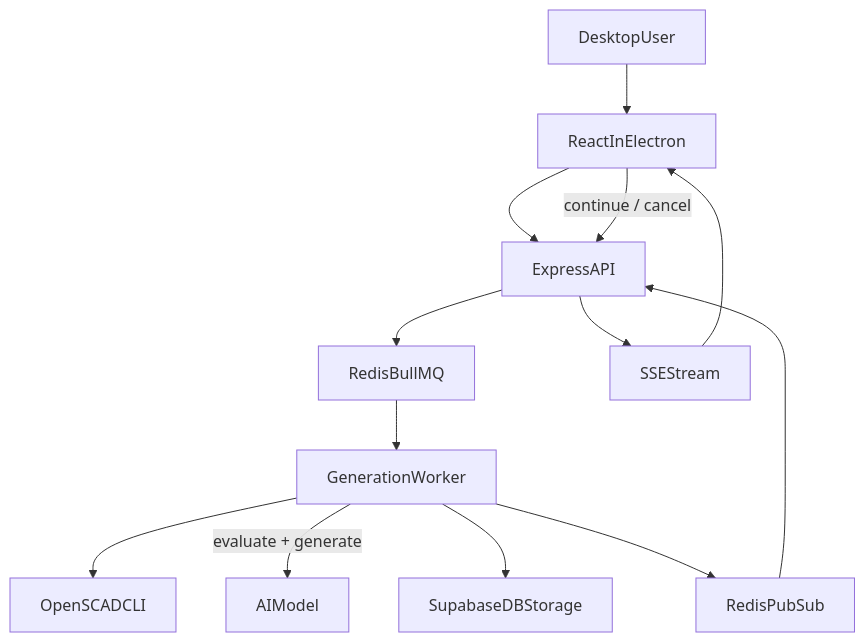
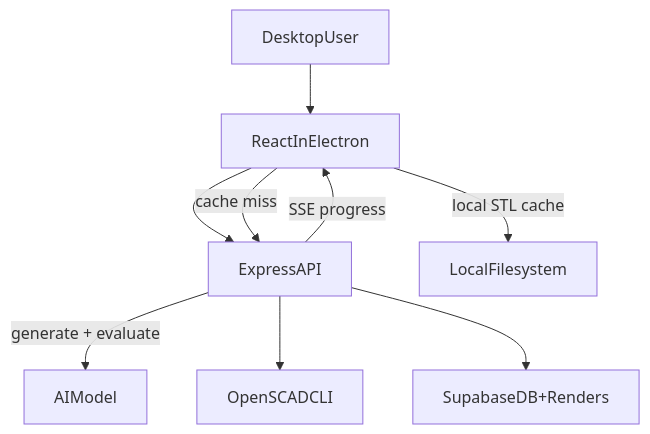
One commit to zacbemis/3DAI changed the diagram in .cursor/plans/ts_express_compose_mvp.md. Above: the diagram before and after it, drawn with Mermaid. The commit also changed other lines of this file and 10 other files, not shown here.

````diff
--- a/.cursor/plans/ts_express_compose_mvp.md
+++ b/.cursor/plans/ts_express_compose_mvp.md
@@ -233,15 +183,11 @@
 ```mermaid
 flowchart TD
 user[DesktopUser] --> desktop[ReactInElectron]
 desktop --> api[ExpressAPI]
-api --> queue[RedisBullMQ]
-queue --> worker[GenerationWorker]
-worker --> openscad[OpenSCADCLI]
-worker -->|evaluate + generate| ai[AIModel]
-worker --> supabase[SupabaseDBStorage]
-worker --> pubsub[RedisPubSub]
-pubsub --> api
-api --> sse[SSEStream]
-sse --> desktop
-desktop -->|continue / cancel| api
+api -->|generate + evaluate| ai[AIModel]
+api --> openscad[OpenSCADCLI]
+api --> supabase[SupabaseDB+Renders]
+api -->|SSE progress| desktop
+desktop -->|local STL cache| fs[LocalFilesystem]
+desktop -->|cache miss| api
 ```
````
